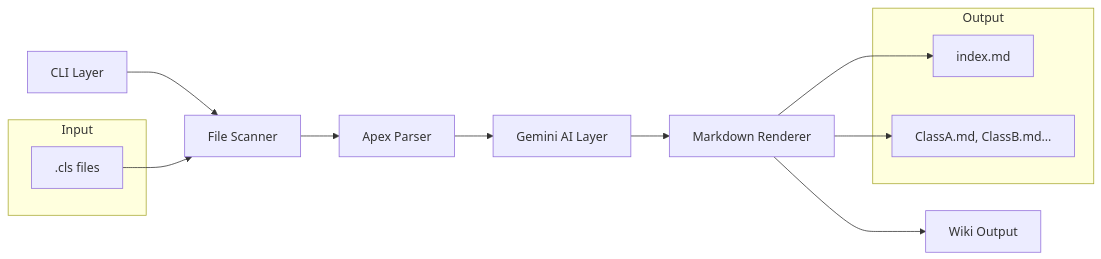
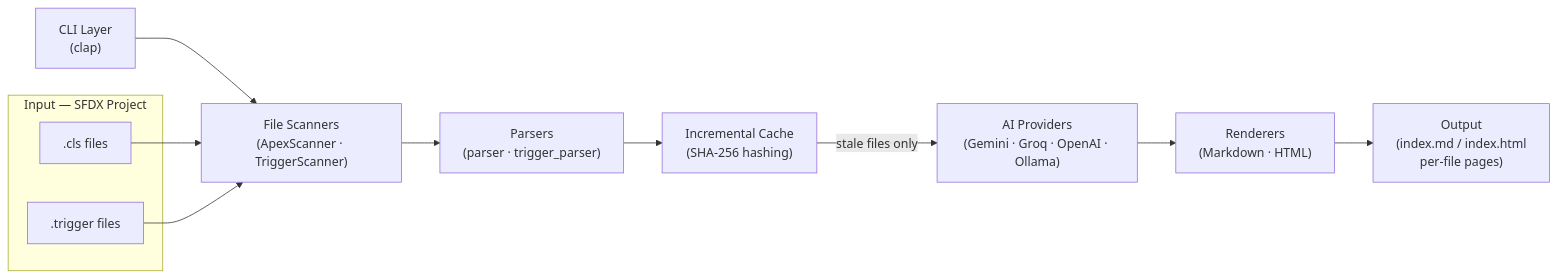
The first of 2 diagrams in project-plan.md (russellwtaylor/sf-docs), drawn with Mermaid before and after one commit. The commit also changed other lines of this file and 10 other files, not shown here.

````diff
--- a/project-plan.md
+++ b/project-plan.md
@@ -51,21 +90,16 @@
 ```mermaid
 flowchart LR
-    CLI[CLI Layer] --> Scanner[File Scanner]
-    Scanner --> Parser[Apex Parser]
-    Parser --> AILayer[Gemini AI Layer]
-    AILayer --> Renderer[Markdown Renderer]
-    Renderer --> Output[Wiki Output]
+    CLI["CLI Layer\n(clap)"] --> Scanner["File Scanners\n(ApexScanner · TriggerScanner)"]
+    Scanner --> Parser["Parsers\n(parser · trigger_parser)"]
+    Parser --> Cache["Incremental Cache\n(SHA-256 hashing)"]
+    Cache -->|stale files only| AI["AI Providers\n(Gemini · Groq · OpenAI · Ollama)"]
+    AI --> Renderer["Renderers\n(Markdown · HTML)"]
+    Renderer --> Output["Output\n(index.md / index.html\nper-file pages)"]
 
-    subgraph input [Input]
-        ClsFiles[".cls files"]
+    subgraph input [Input — SFDX Project]
+        Cls[".cls files"]
+        Trg[".trigger files"]
     end
 
-    subgraph output_dir [Output]
-        Index["index.md"]
-        ClassPages["ClassA.md, ClassB.md..."]
-    end
-
-    ClsFiles --> Scanner
-    Renderer --> Index
-    Renderer --> ClassPages
+    Cls & Trg --> Scanner
 ```
````
